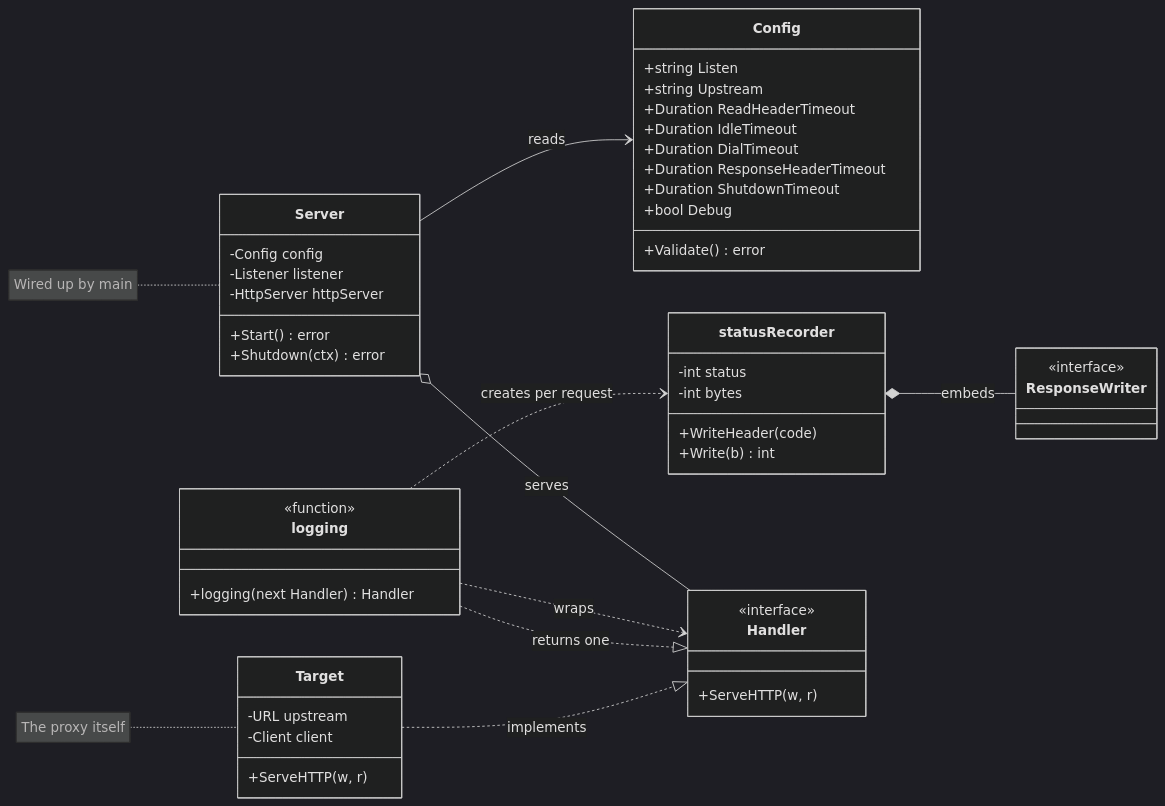
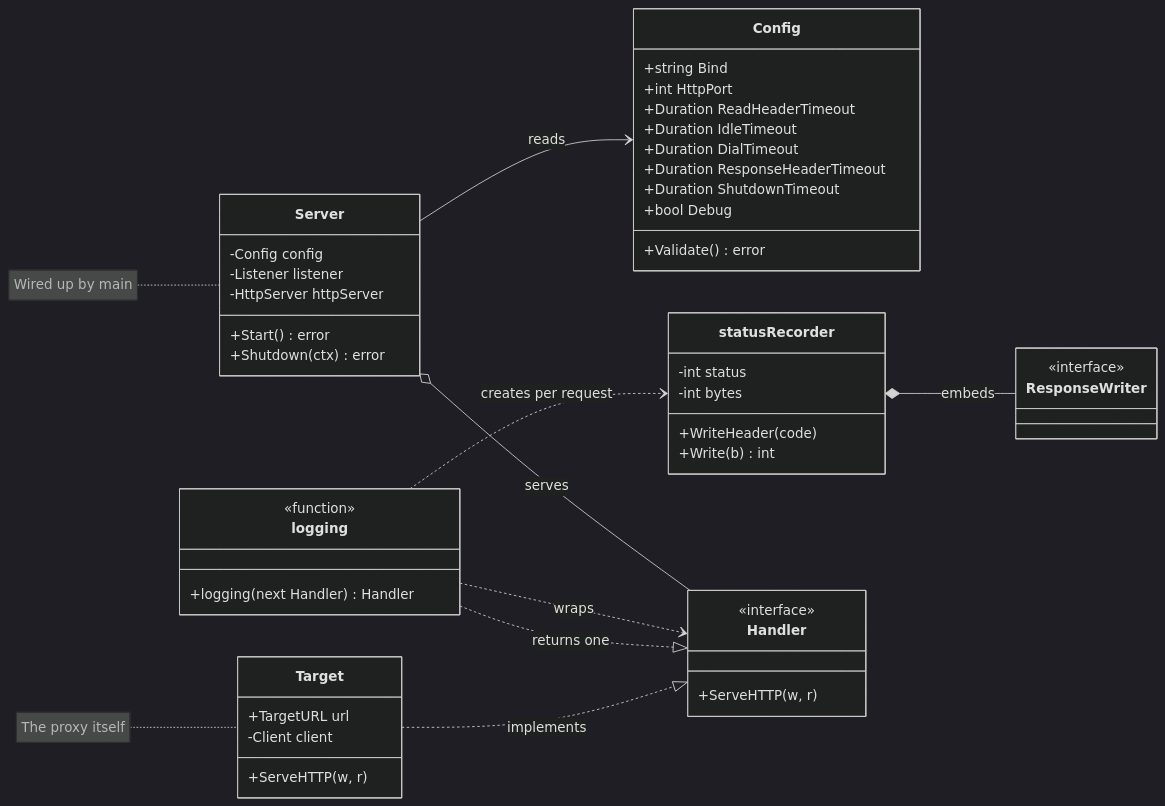
The diagram in diagrams/class_diagram_v0.md (vocalfreak/vocalfreak-proxy), drawn with Mermaid (dark theme) before and after one commit. The commit also changed 5 other files, not shown here.

````diff
--- a/diagrams/class_diagram_v0.md
+++ b/diagrams/class_diagram_v0.md
@@ -5,62 +5,63 @@
 ```mermaid
 classDiagram
     direction LR
 
     class Config {
-        +string Listen
-        +string Upstream
+        +string Bind
+        +int HttpPort
         +Duration ReadHeaderTimeout
         +Duration IdleTimeout
         +Duration DialTimeout
         +Duration ResponseHeaderTimeout
         +Duration ShutdownTimeout
         +bool Debug
         +Validate() error
     }
 
+
     class Target {
-        -URL upstream
+        +TargetURL url
         -Client client
         +ServeHTTP(w, r)
     }
 
     class Server {
         -Config config
         -Listener listener
         -HttpServer httpServer
         +Start() error
         +Shutdown(ctx) error
     }
 
     class statusRecorder {
         -int status
         -int bytes
         +WriteHeader(code)
         +Write(b) int
     }
 
     class logging {
         <<function>>
         +logging(next Handler) Handler
     }
 
     class Handler {
         <<interface>>
         +ServeHTTP(w, r)
     }
 
     class ResponseWriter {
         <<interface>>
     }
 
     Target ..|> Handler : implements
     logging ..|> Handler : returns one
     logging ..> Handler : wraps
     logging ..> statusRecorder : creates per request
     statusRecorder *-- ResponseWriter : embeds
     Server o-- Handler : serves
     Server --> Config : reads
 
     note for Target "The proxy itself"
     note for Server "Wired up by main"
 ```
````
